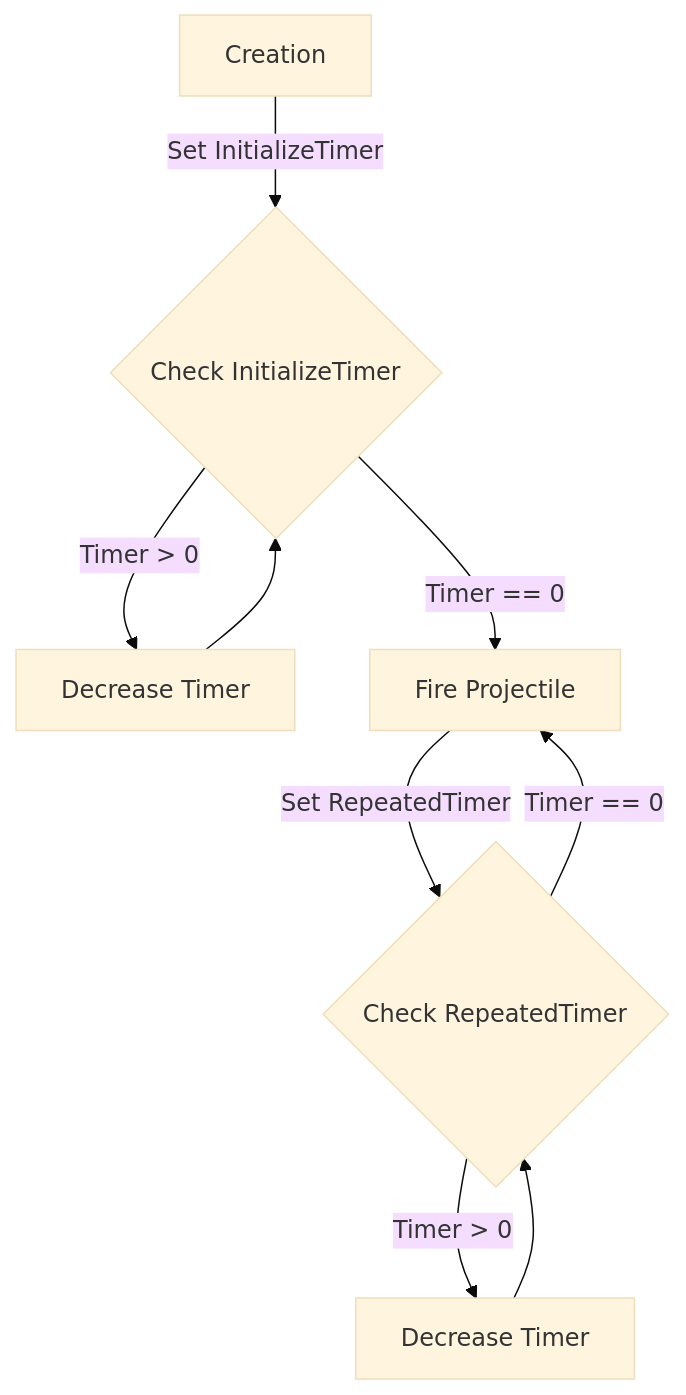
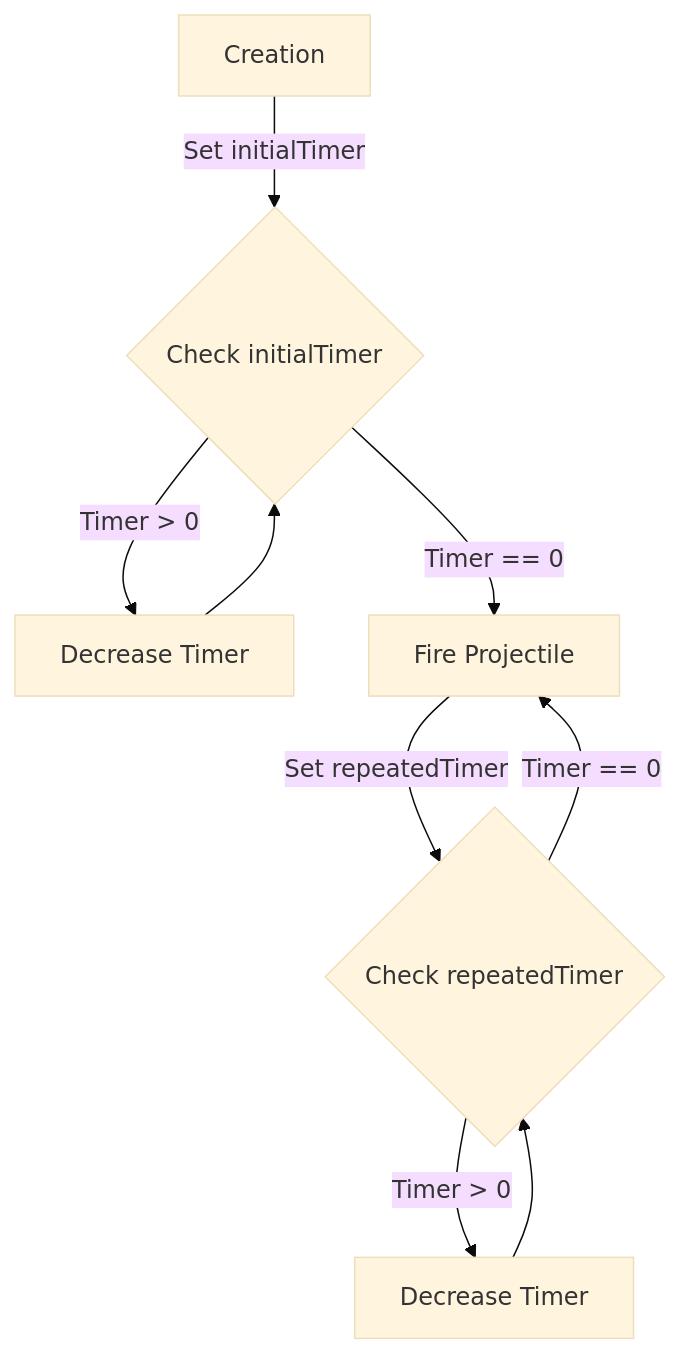
One commit to Miepee/AM2R-Technical-Wiki changed the diagram in content/enemies/wallfire.md. Above: the diagram before and after it, drawn with Mermaid (base theme). The commit also changed other lines of this file, not shown here.

```diff
--- a/content/enemies/wallfire.md
+++ b/content/enemies/wallfire.md
@@ -38,11 +38,11 @@
 {{< mermaid class="text-center">}}
 graph TB
-    A[Creation] -->|Set InitializeTimer| B{Check InitializeTimer}
+    A[Creation] -->|Set initialTimer| B{Check initialTimer}
     B -->|Timer > 0| C[Decrease Timer]
     C --> B
     B -->|Timer == 0| D[Fire Projectile]
-    D -->|Set RepeatedTimer| E{Check RepeatedTimer}
+    D -->|Set repeatedTimer| E{Check repeatedTimer}
     E -->|Timer > 0| F[Decrease Timer]
     F --> E
     E -->|Timer == 0| D
 {{< /mermaid >}}
```
